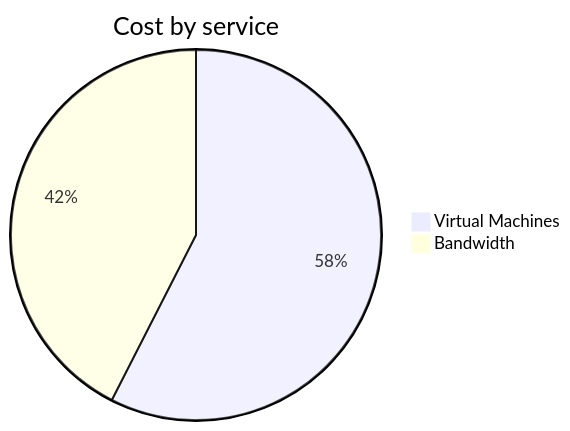
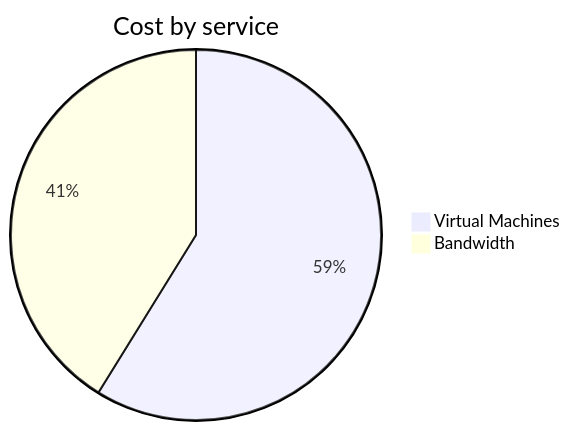
One commit to jpfulton/azure-personal-reports changed the second of 4 diagrams in cost-reports/personal-network/vpn-server.md. Above: the diagram before and after it, drawn with Mermaid. The commit also changed other lines of this file and 8 other files, not shown here.

````diff
--- a/cost-reports/personal-network/vpn-server.md
+++ b/cost-reports/personal-network/vpn-server.md
@@ -94,6 +94,6 @@
 ```mermaid
 pie
    title Cost by service
-   "Virtual Machines" : 3.60
+   "Virtual Machines" : 3.80
    "Bandwidth" : 2.66
 ```
````
